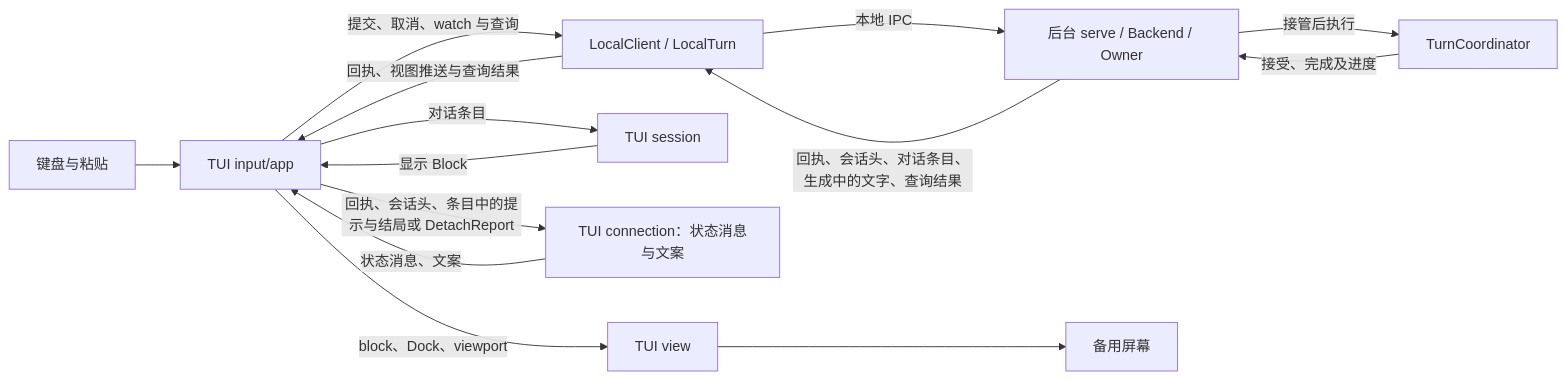
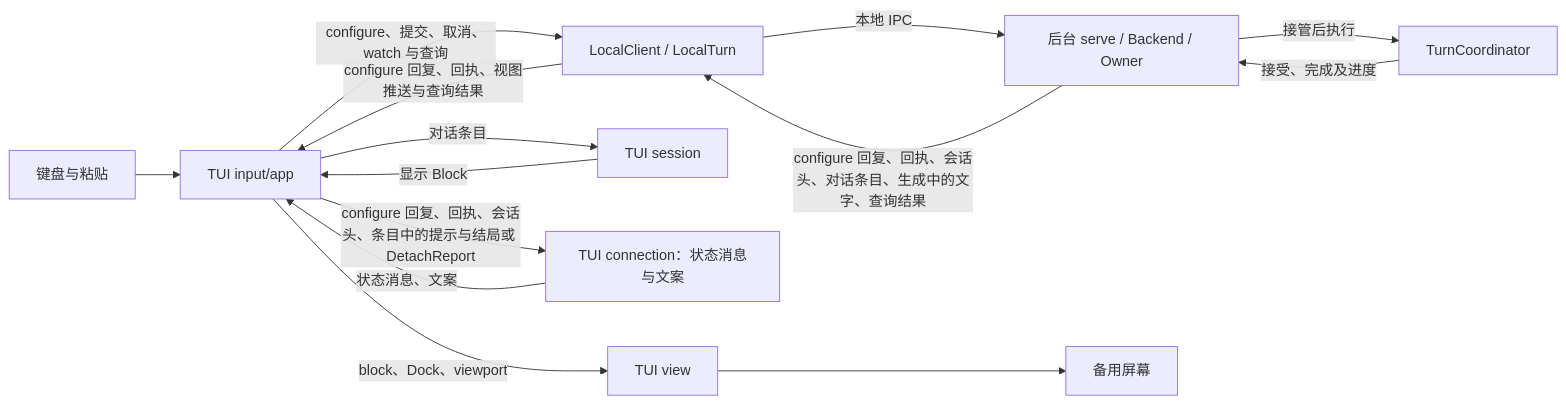
One commit to Skyline10124/lattice changed the diagram in docs/architecture/tui/README.md. Above: the diagram before and after it, drawn with Mermaid. The commit also changed other lines of this file and 38 other files, not shown here.

````diff
--- a/docs/architecture/tui/README.md
+++ b/docs/architecture/tui/README.md
@@ -84,16 +84,16 @@
 ```mermaid
 flowchart LR
     K["键盘与粘贴"] --> A["TUI input/app"]
-    A -->|提交、取消、watch 与查询| L["LocalClient / LocalTurn"]
+    A -->|configure、提交、取消、watch 与查询| L["LocalClient / LocalTurn"]
     L -->|本地 IPC| B["后台 serve / Backend / Owner"]
     B -->|接管后执行| E["TurnCoordinator"]
     E -->|接受、完成及进度| B
-    B -->|回执、会话头、对话条目、生成中的文字、查询结果| L
-    L -->|回执、视图推送与查询结果| A
+    B -->|configure 回复、回执、会话头、对话条目、生成中的文字、查询结果| L
+    L -->|configure 回复、回执、视图推送与查询结果| A
     A -->|对话条目| S["TUI session"]
     S -->|显示 Block| A
-    A -->|回执、会话头、条目中的提示与结局或 DetachReport| C["TUI connection：状态消息与文案"]
+    A -->|configure 回复、回执、会话头、条目中的提示与结局或 DetachReport| C["TUI connection：状态消息与文案"]
     C -->|状态消息、文案| A
     A -->|block、Dock、viewport| V["TUI view"]
     V --> T["备用屏幕"]
 ```
````
